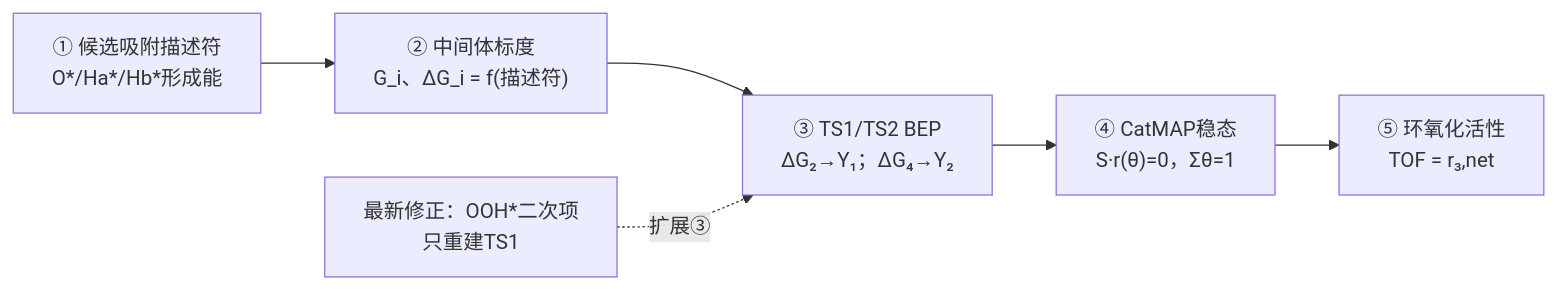
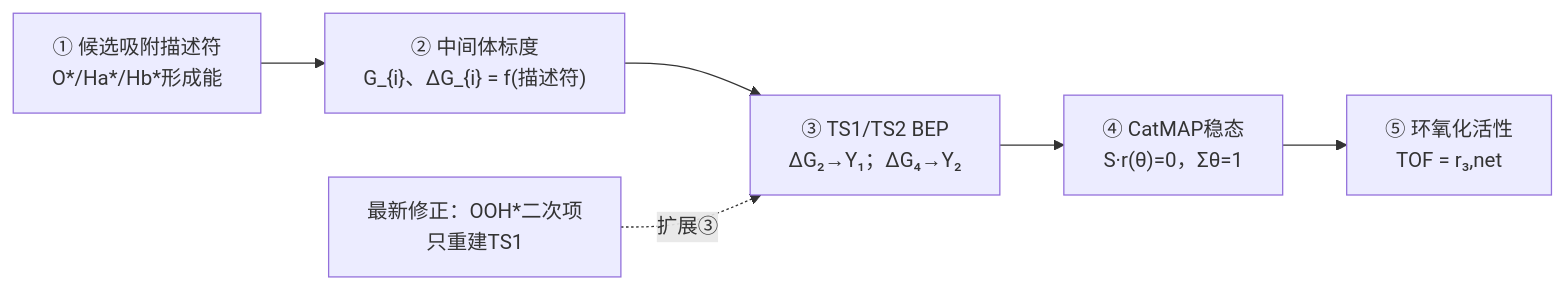
The second of 2 diagrams in catmap_code_collection_20261013/PROJECT_DATAFLOW_ARCHITECTURE_20261015.md (ly5681672-max/catmap), drawn with Mermaid before and after one commit. The commit also changed other lines of this file, not shown here.

Commit message:
Complete explicit free-energy subscript braces in architecture equations

````diff
--- a/catmap_code_collection_20261013/PROJECT_DATAFLOW_ARCHITECTURE_20261015.md
+++ b/catmap_code_collection_20261013/PROJECT_DATAFLOW_ARCHITECTURE_20261015.md
@@ -43,11 +43,11 @@
 ```mermaid
 flowchart LR
     A["① 候选吸附描述符<br/>O*/Ha*/Hb*形成能"]
-    B["② 中间体标度<br/>G_i、ΔG_i = f(描述符)"]
+    B["② 中间体标度<br/>G_{i}、ΔG_{i} = f(描述符)"]
     C["③ TS1/TS2 BEP<br/>ΔG₂→Y₁；ΔG₄→Y₂"]
     D["④ CatMAP稳态<br/>S·r(θ)=0，Σθ=1"]
     E["⑤ 环氧化活性<br/>TOF = r₃,net"]
     A --> B --> C --> D --> E
     F["最新修正：OOH*二次项<br/>只重建TS1"]
     F -.扩展③.-> C
 ```
````
